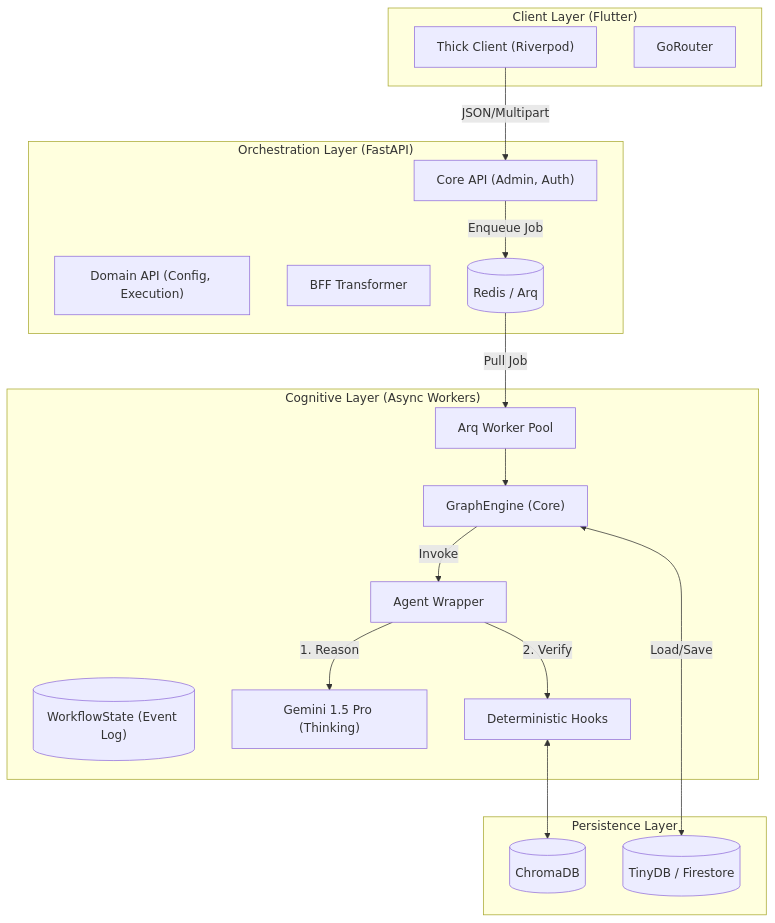
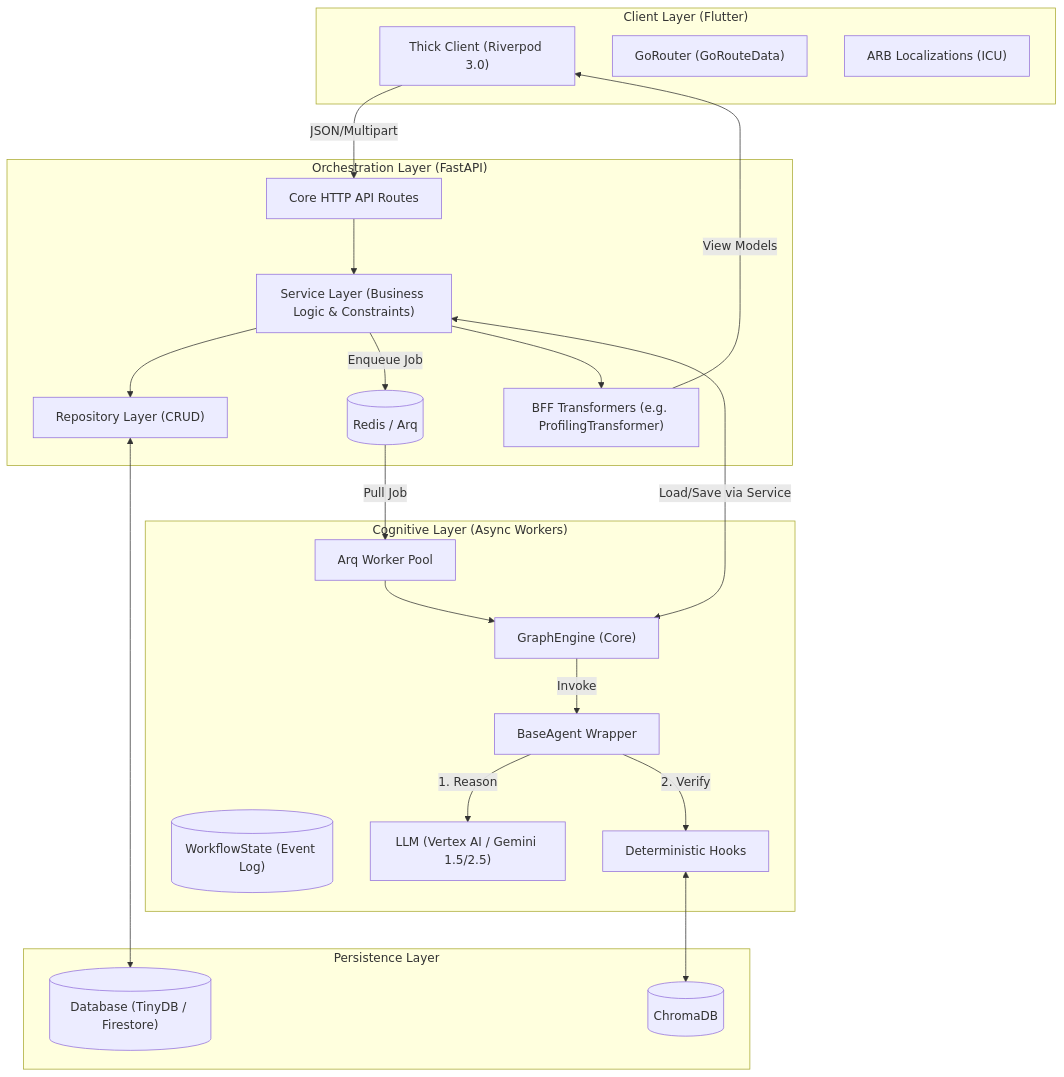
Before and after one commit to launis/quorum: the diagram in docs/architecture.md, drawn with Mermaid. The commit also changed other lines of this file and 146 other files, not shown here.

Commit message:
feat: Implement core Quorum system with agent orchestration, structured data seeding, and comprehensive documentation.

````diff
--- a/docs/architecture.md
+++ b/docs/architecture.md
@@ -21,36 +20,43 @@
 ```mermaid
 graph TD
     subgraph "Client Layer (Flutter)"
-        App["Thick Client (Riverpod)"]
-        Router["GoRouter"]
+        App["Thick Client (Riverpod 3.0)"]
+        Router["GoRouter (GoRouteData)"]
+        L10N["ARB Localizations (ICU)"]
     end
 
     subgraph "Orchestration Layer (FastAPI)"
-        API["Core API (Admin, Auth)"]
-        DomainAPI["Domain API (Config, Execution)"]
-        BFF["BFF Transformer"]
+        API["Core HTTP API Routes"]
+        Service["Service Layer (Business Logic & Constraints)"]
+        Repo["Repository Layer (CRUD)"]
+        BFF["BFF Transformers (e.g. ProfilingTransformer)"]
         Queue[(Redis / Arq)]
     end
 
     subgraph "Cognitive Layer (Async Workers)"
         Worker["Arq Worker Pool"]
         Engine["GraphEngine (Core)"]
         State[("WorkflowState (Event Log)")]
         
-        Engine -->|Invoke| Agent["Agent Wrapper"]
-        Agent -->|1. Reason| LLM["Gemini 1.5 Pro (Thinking)"]
+        Engine -->|Invoke| Agent["BaseAgent Wrapper"]
+        Agent -->|1. Reason| LLM["LLM (Vertex AI / Gemini 1.5/2.5)"]
         Agent -->|2. Verify| Hooks["Deterministic Hooks"]
     end
 
     subgraph "Persistence Layer"
-        DB[("TinyDB / Firestore")]
+        DB[("Database (TinyDB / Firestore)")]
         VectorDB[("ChromaDB")]
     end
 
     App -->|JSON/Multipart| API
-    API -->|Enqueue Job| Queue
+    API --> Service
+    Service --> Repo
+    Service -->|Enqueue Job| Queue
+    Repo <--> DB
     Queue -->|Pull Job| Worker
     Worker --> Engine
-    Engine <-->|Load/Save| DB
+    Engine <-->|Load/Save via Service| Service
     Hooks <--> VectorDB
+    Service --> BFF
+    BFF -->|View Models| App
 ```
````
